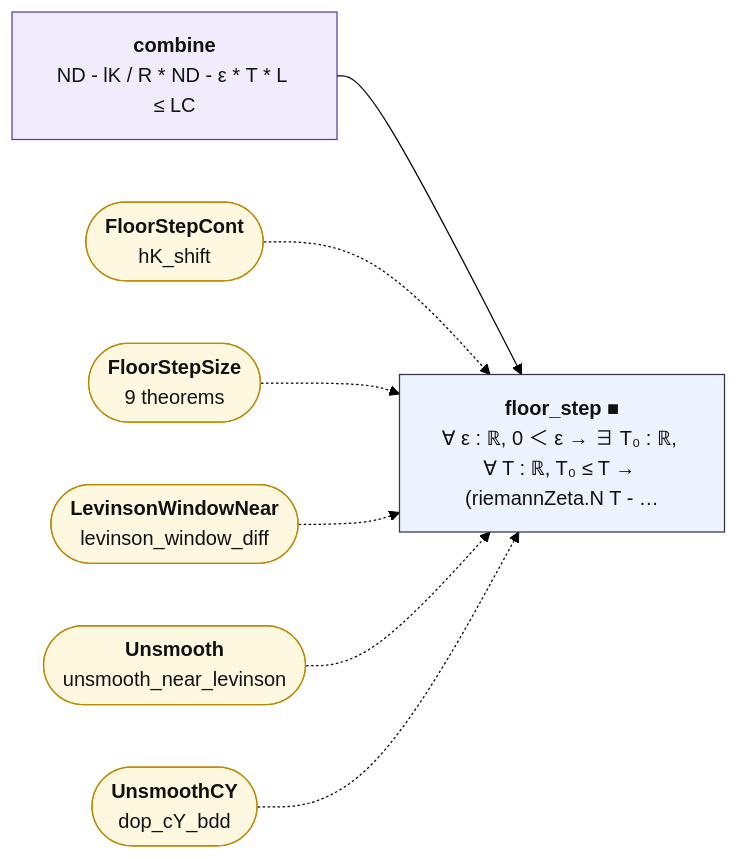
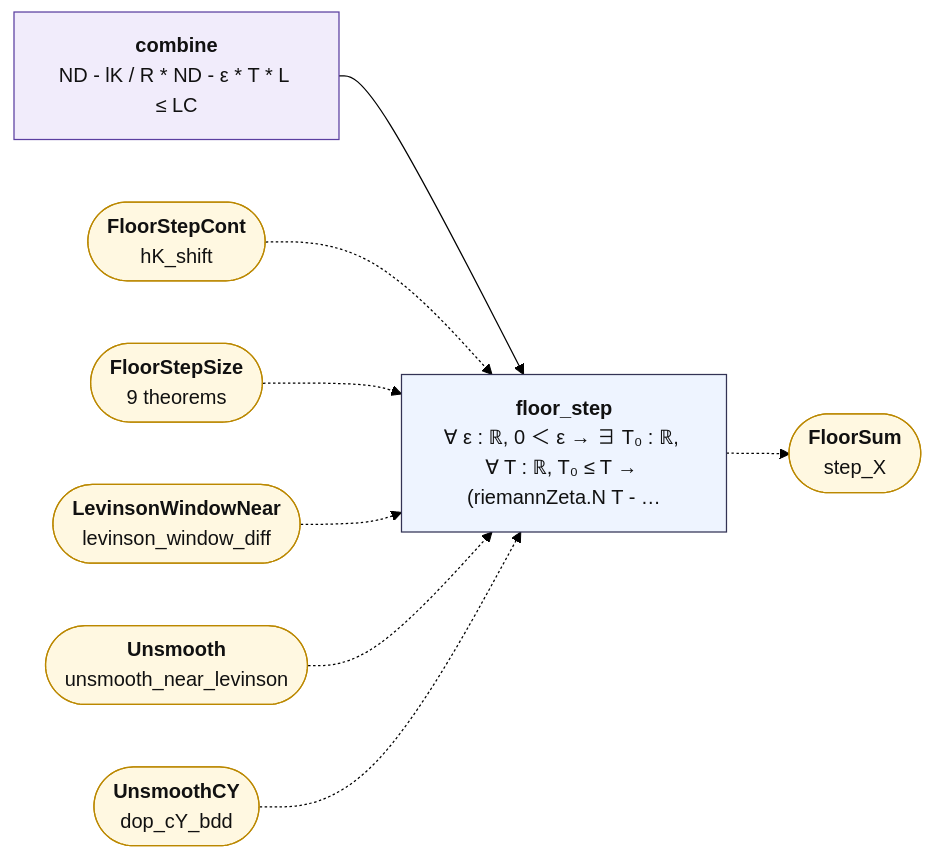
Before and after one commit to juliansambranojr/Primebeat_081426: the diagram in map/lean_stage3/FloorStep.mmd, drawn with Mermaid (forest theme). The commit also changed 30 other files, not shown here.

```diff
--- a/map/lean_stage3/FloorStep.mmd
+++ b/map/lean_stage3/FloorStep.mmd
@@ -1,22 +1,24 @@
 flowchart LR
   n0["<b>combine</b><br/>ND - lK / R * ND - ε * T * L ≤ LC"]:::shp
-  n1["<b>floor_step ■</b><br/>∀ ε : ℝ, 0 ＜ ε → ∃ T₀ : ℝ, ∀ T : ℝ, T₀ ≤ T → (riemannZeta.N T - …"]:::thm
+  n1["<b>floor_step</b><br/>∀ ε : ℝ, 0 ＜ ε → ∃ T₀ : ℝ, ∀ T : ℝ, T₀ ≤ T → (riemannZeta.N T - …"]:::thm
   x0(["<b>FloorStepCont</b><br/>hK_shift"]):::ext
   x1(["<b>FloorStepSize</b><br/>9 theorems"]):::ext
   x2(["<b>LevinsonWindowNear</b><br/>levinson_window_diff"]):::ext
   x3(["<b>Unsmooth</b><br/>unsmooth_near_levinson"]):::ext
   x4(["<b>UnsmoothCY</b><br/>dop_cY_bdd"]):::ext
+  x5(["<b>FloorSum</b><br/>step_X"]):::ext
   n0 --> n1
+  n1 -.-> x5
   x0 -.-> n1
   x1 -.-> n1
   x2 -.-> n1
   x3 -.-> n1
   x4 -.-> n1
   classDef cnt fill:#dff5ec,stroke:#17694a,color:#111
   classDef shp fill:#f1ecfb,stroke:#5b3fa0,color:#111
   classDef rh fill:#ffe5e5,stroke:#c22,color:#111,stroke-width:2px
   classDef thm fill:#eef4ff,stroke:#335,color:#111
   classDef end_ fill:#e7f7e7,stroke:#2a7,color:#111,stroke-width:2px
   classDef lone fill:#fff,stroke:#999,color:#111,stroke-dasharray:4 3
   classDef bad fill:#ffe5e5,stroke:#c22,color:#111,stroke-width:2px
   classDef ext fill:#fff8e1,stroke:#b80,color:#111
```
